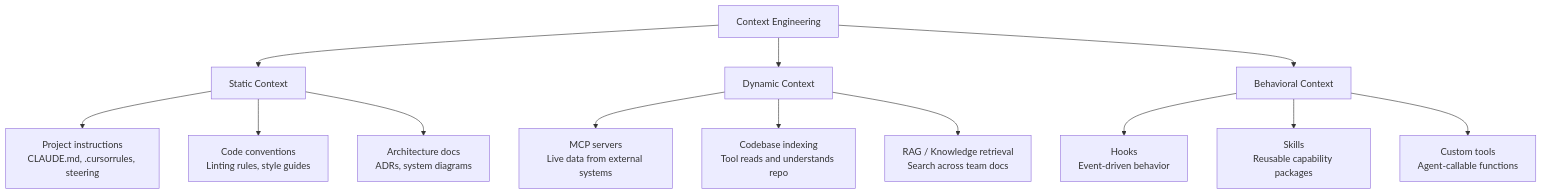
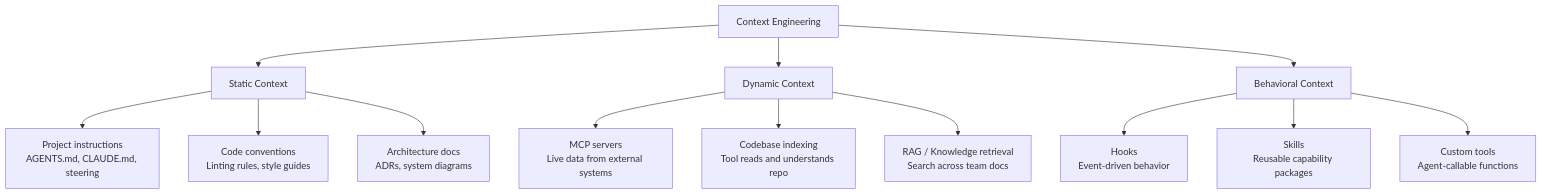
The diagram in ai-engineering-practices/what-is-context-engineering.md (bernardmendonca/ai-engineering-playbook), drawn with Mermaid before and after one commit. The commit also changed other lines of this file and 53 other files, not shown here.

````diff
--- a/ai-engineering-practices/what-is-context-engineering.md
+++ b/ai-engineering-practices/what-is-context-engineering.md
@@ -54,18 +54,18 @@
 ```mermaid
 flowchart TD
     A[Context Engineering] --> B[Static Context]
     A --> C[Dynamic Context]
     A --> D[Behavioral Context]
 
-    B --> B1[Project instructions<br/>CLAUDE.md, .cursorrules, steering]
+    B --> B1[Project instructions<br/>AGENTS.md, CLAUDE.md, steering]
     B --> B2[Code conventions<br/>Linting rules, style guides]
     B --> B3[Architecture docs<br/>ADRs, system diagrams]
 
     C --> C1[MCP servers<br/>Live data from external systems]
     C --> C2[Codebase indexing<br/>Tool reads and understands repo]
     C --> C3[RAG / Knowledge retrieval<br/>Search across team docs]
 
     D --> D1[Hooks<br/>Event-driven behavior]
     D --> D2[Skills<br/>Reusable capability packages]
     D --> D3[Custom tools<br/>Agent-callable functions]
 ```
````
